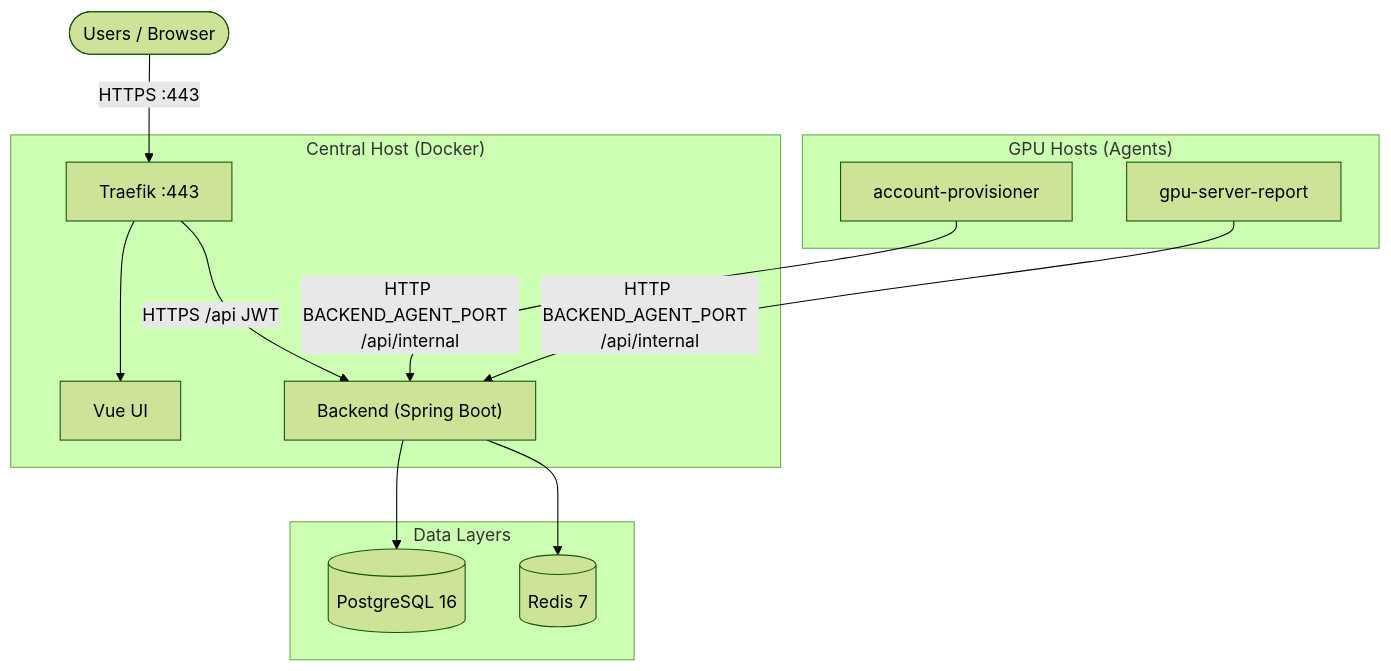
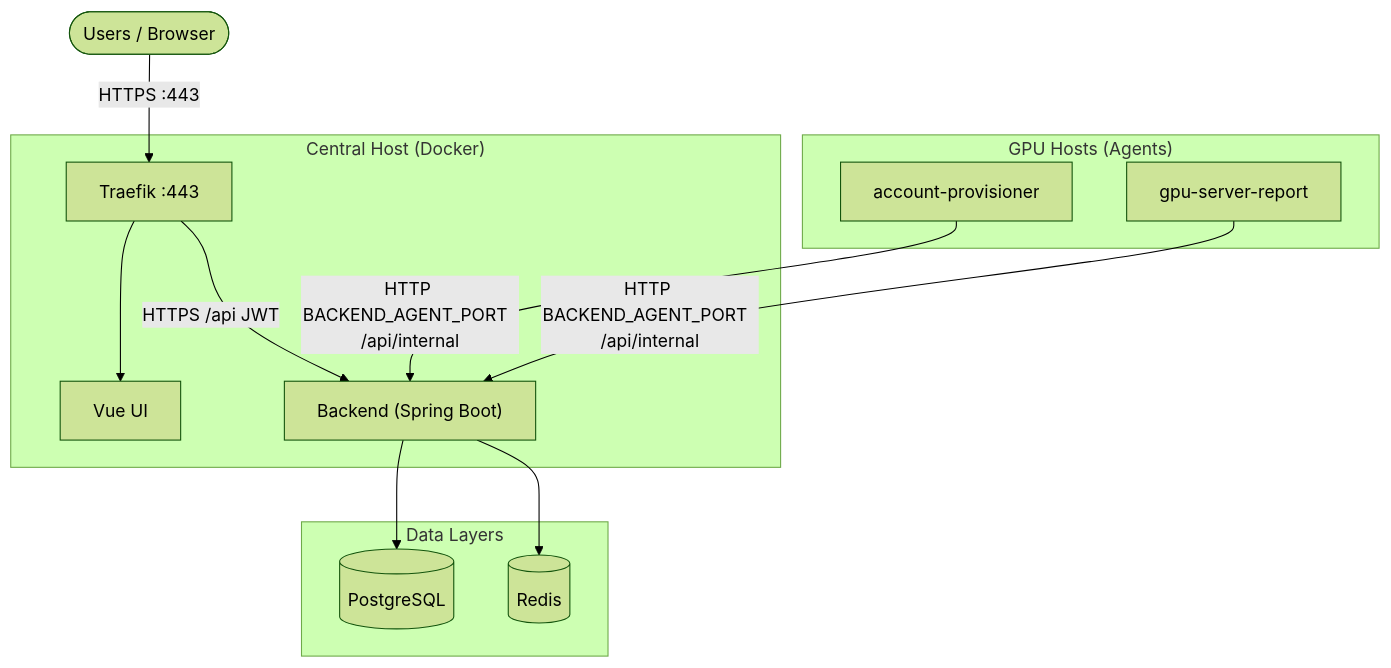
The diagram in README.md (zeroDtree/server-manager), drawn with Mermaid (forest theme) before and after one commit. The commit also changed other lines of this file, not shown here.

````diff
--- a/README.md
+++ b/README.md
@@ -5,28 +5,28 @@
 ```mermaid
 flowchart TB
   Browser(["Users / Browser"])
 
   subgraph central ["Central Host (Docker)"]
     Traefik["Traefik :443"]
     UI["Vue UI"]
     Backend["Backend (Spring Boot)"]
     Traefik --> UI
     Traefik -->|"HTTPS /api JWT"| Backend
   end
 
   subgraph data ["Data Layers"]
-    PG[("PostgreSQL 16")]
-    RD[("Redis 7")]
+    PG[("PostgreSQL")]
+    RD[("Redis")]
   end
 
   subgraph agents ["GPU Hosts (Agents)"]
     Prov["account-provisioner"]
     Rep["gpu-server-report"]
   end
 
   Browser -->|"HTTPS :443"| Traefik
   Backend --> PG
   Backend --> RD
   Prov -->|"HTTP BACKEND_AGENT_PORT  /api/internal"| Backend
   Rep -->|"HTTP BACKEND_AGENT_PORT  /api/internal"| Backend
 ```
````
